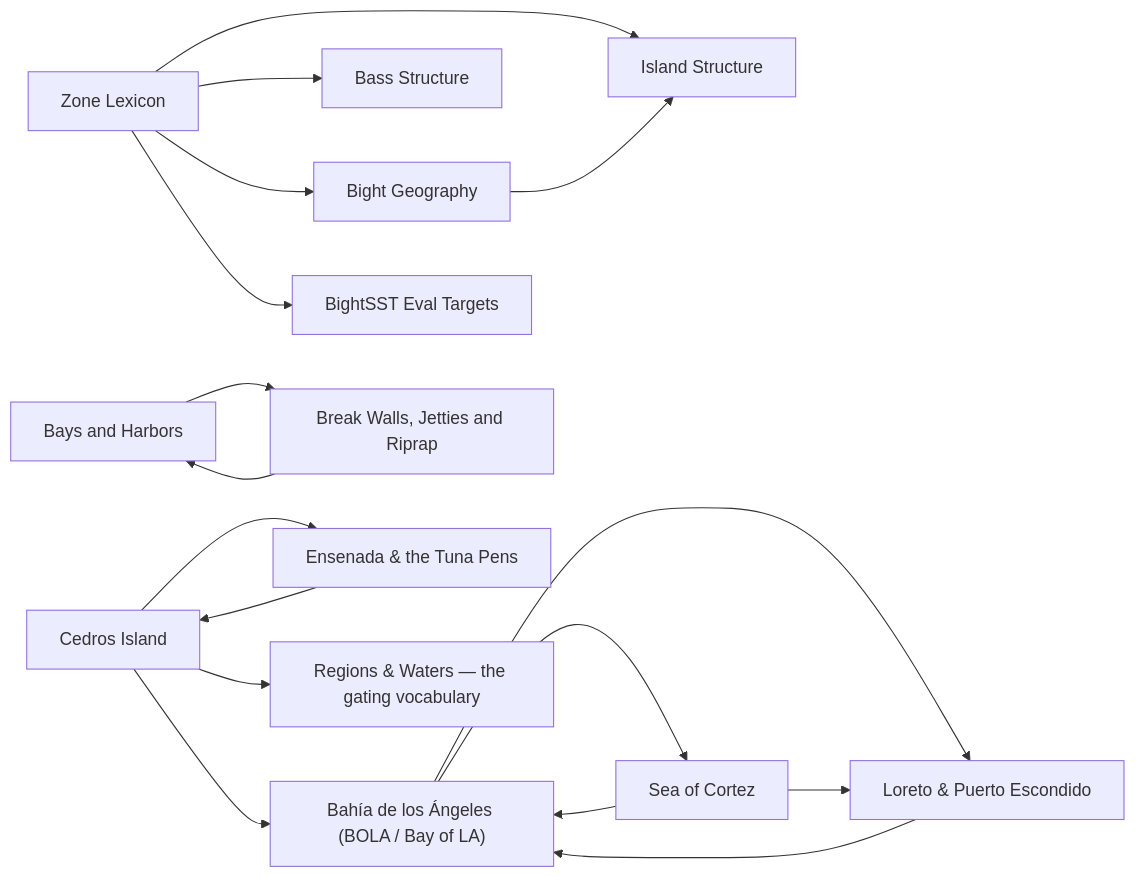
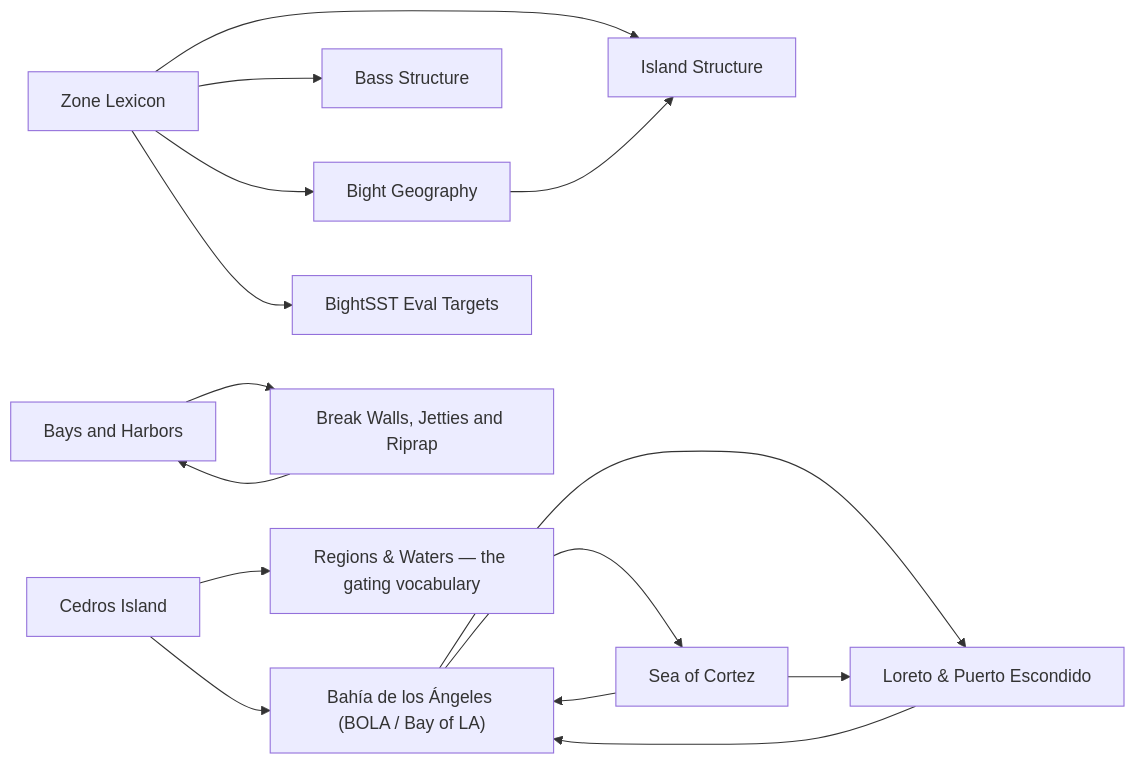
Before and after one commit to camchuckpete-max/Socal-Fishing-Knowledge: the diagram in locations/README.md, drawn with Mermaid. The commit also changed other lines of this file and 7 other files, not shown here.

````diff
--- a/locations/README.md
+++ b/locations/README.md
@@ -26,32 +25,29 @@
 ```mermaid
 graph LR
   n0["Bahía de los Ángeles (BOLA / Bay of LA)"]
   n1["Bass Structure"]
   n2["Bays and Harbors"]
   n3["Bight Geography"]
   n4["BightSST Eval Targets"]
   n5["Break Walls, Jetties and Riprap"]
   n6["Cedros Island"]
-  n7["Ensenada & the Tuna Pens"]
-  n8["Island Structure"]
-  n9["Loreto & Puerto Escondido"]
-  n10["Regions & Waters — the gating vocabulary"]
-  n11["Sea of Cortez"]
-  n12["Zone Lexicon"]
-  n0 --> n11
-  n0 --> n9
-  n11 --> n0
-  n11 --> n9
-  n12 --> n1
-  n12 --> n3
-  n12 --> n4
-  n12 --> n8
+  n7["Island Structure"]
+  n8["Loreto & Puerto Escondido"]
+  n9["Regions & Waters — the gating vocabulary"]
+  n10["Sea of Cortez"]
+  n11["Zone Lexicon"]
+  n0 --> n10
+  n0 --> n8
+  n10 --> n0
+  n10 --> n8
+  n11 --> n1
+  n11 --> n3
+  n11 --> n4
+  n11 --> n7
   n2 --> n5
-  n3 --> n8
+  n3 --> n7
   n5 --> n2
   n6 --> n0
-  n6 --> n10
-  n6 --> n7
-  n7 --> n6
-  n9 --> n0
+  n6 --> n9
+  n8 --> n0
 ```
````
